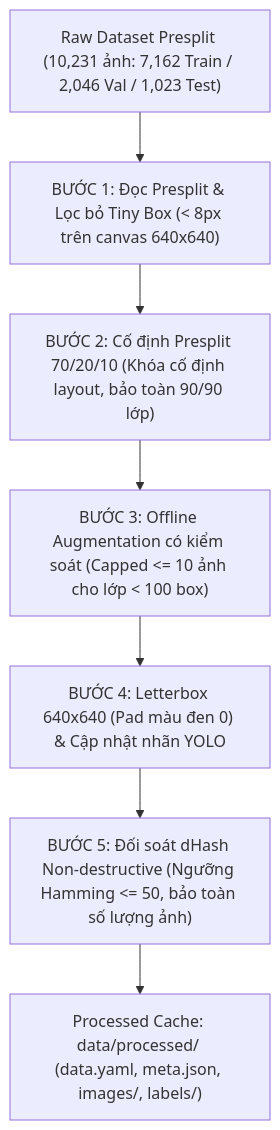
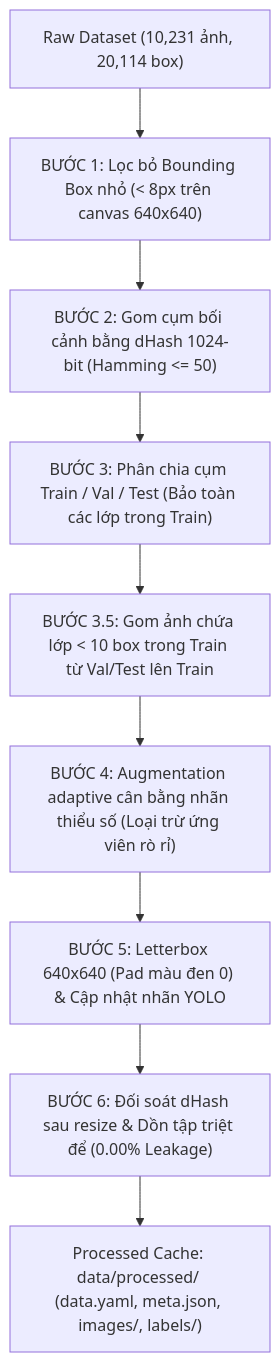
The diagram in docs/DATA_ANALYSIS_AND_PREPROCESSING.md (ThanhBinh2006/VN-TSD-Voice-Alert), drawn with Mermaid before and after one commit. The commit also changed other lines of this file and 5 other files, not shown here.

First line of the commit message:
revert(data): keep dHash clustering split and post-resize anti-leak consolidation

````diff
--- a/docs/DATA_ANALYSIS_AND_PREPROCESSING.md
+++ b/docs/DATA_ANALYSIS_AND_PREPROCESSING.md
@@ -59,9 +59,11 @@
 ```mermaid
 flowchart TD
-    A["Raw Dataset Presplit (10,231 ảnh: 7,162 Train / 2,046 Val / 1,023 Test)"] --> B["BƯỚC 1: Đọc Presplit & Lọc bỏ Tiny Box (< 8px trên canvas 640x640)"]
-    B --> C["BƯỚC 2: Cố định Presplit 70/20/10 (Khóa cố định layout, bảo toàn 90/90 lớp)"]
-    C --> D["BƯỚC 3: Offline Augmentation có kiểm soát (Capped <= 10 ảnh cho lớp < 100 box)"]
-    D --> E["BƯỚC 4: Letterbox 640x640 (Pad màu đen 0) & Cập nhật nhãn YOLO"]
-    E --> F["BƯỚC 5: Đối soát dHash Non-destructive (Ngưỡng Hamming <= 50, bảo toàn số lượng ảnh)"]
-    F --> G["Processed Cache: data/processed/ (data.yaml, meta.json, images/, labels/)"]
+    A["Raw Dataset (10,231 ảnh, 20,114 box)"] --> B["BƯỚC 1: Lọc bỏ Bounding Box nhỏ (< 8px trên canvas 640x640)"]
+    B --> C["BƯỚC 2: Gom cụm bối cảnh bằng dHash 1024-bit (Hamming <= 50)"]
+    C --> D["BƯỚC 3: Phân chia cụm Train / Val / Test (Bảo toàn các lớp trong Train)"]
+    D --> D2["BƯỚC 3.5: Gom ảnh chứa lớp < 10 box trong Train từ Val/Test lên Train"]
+    D2 --> E["BƯỚC 4: Augmentation adaptive cân bằng nhãn thiểu số (Loại trừ ứng viên rò rỉ)"]
+    E --> F["BƯỚC 5: Letterbox 640x640 (Pad màu đen 0) & Cập nhật nhãn YOLO"]
+    F --> G["BƯỚC 6: Đối soát dHash sau resize & Dồn tập triệt để (0.00% Leakage)"]
+    G --> H["Processed Cache: data/processed/ (data.yaml, meta.json, images/, labels/)"]
 ```
````
